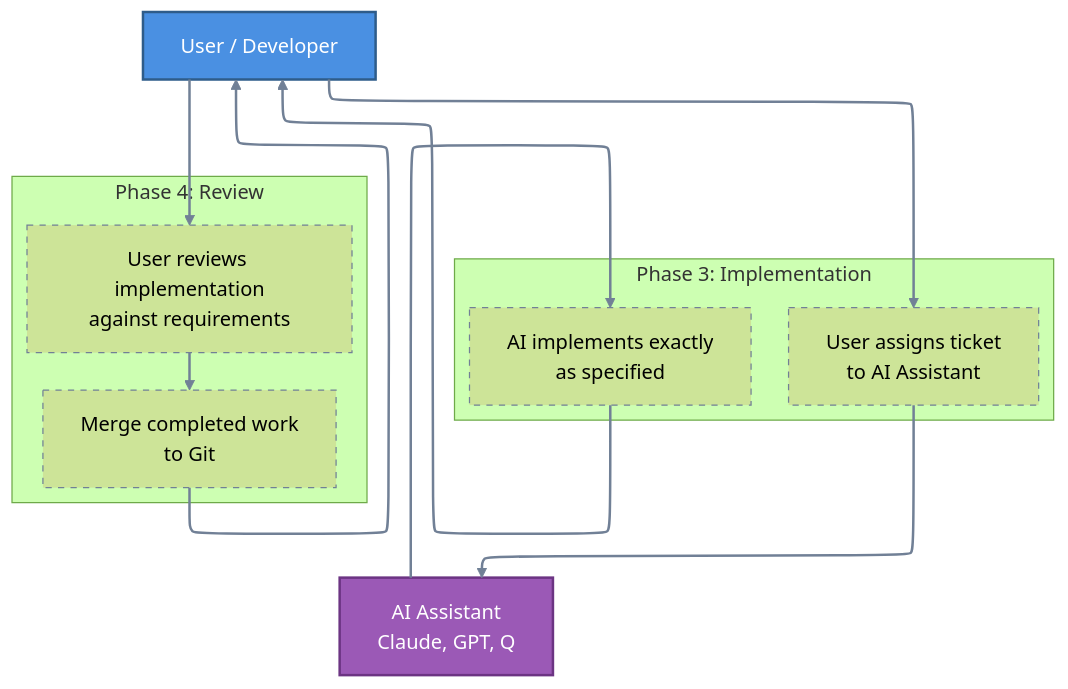
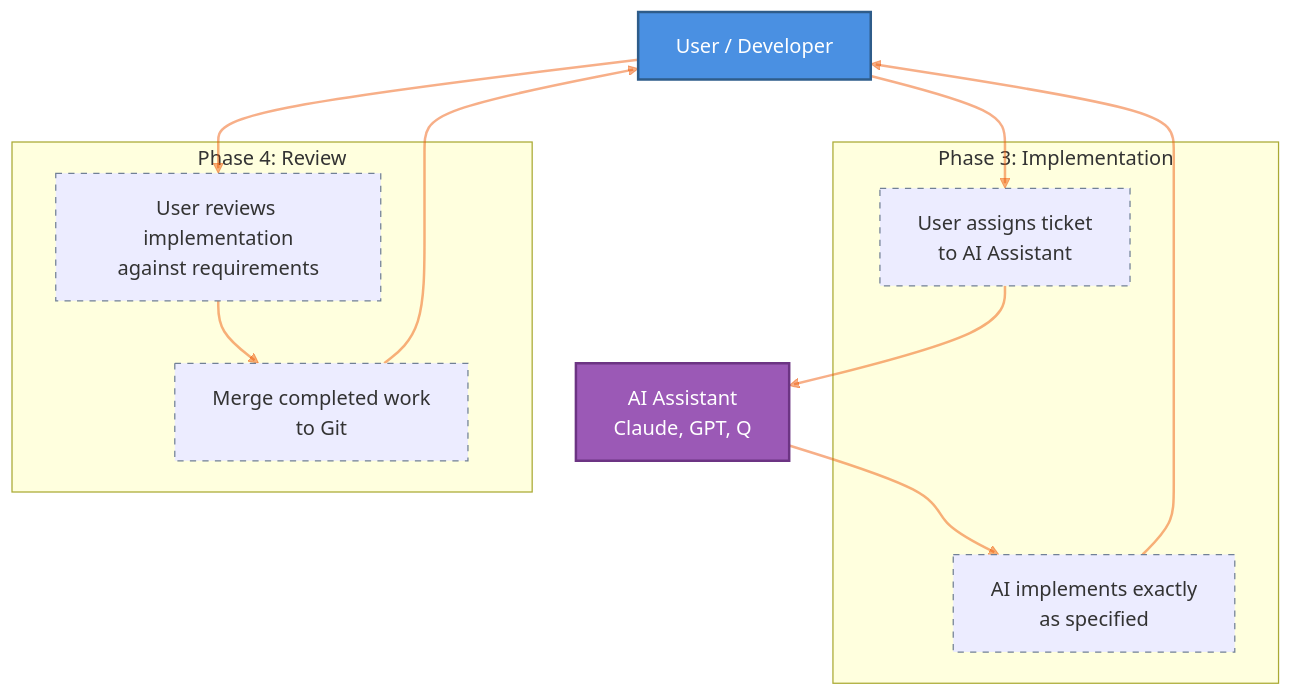
One commit to andkirby/markdown-ticket changed the second of 2 diagrams in README.md. Above: the diagram before and after it, drawn with Mermaid. The commit also changed other lines of this file, not shown here.

Commit message:
docs: split workflow diagram into two sections for clarity

````diff
--- a/README.md
+++ b/README.md
@@ -114,43 +111,39 @@
 ```mermaid
----
-config:
-  layout: elk
-  theme: forest
----
+%%{
+  init: {
+    'themeVariables': {
+      'lineColor': '#e507'
+    }
+  }
+}%%
 flowchart TD
     User[User / Developer]
     LLM[AI Assistant<br/>Claude, GPT, Q]
 
     subgraph "Phase 3: Implementation"
         C1[User assigns ticket<br/>to AI Assistant]
         C2[AI implements exactly<br/>as specified]
     end
 
     subgraph "Phase 4: Review"
         D1[User reviews implementation<br/>against requirements]
         D2[Merge completed work<br/>to Git]
     end
 
     User --> C1
     C1 --> LLM
     LLM --> C2
     C2 --> User
 
     User --> D1
     D1 --> D2
     D2 --> User
 
     style User fill:#4a90e2,stroke:#2e5c8a,stroke-width:2px,color:#fff
     style LLM fill:#9b59b6,stroke:#6c3483,stroke-width:2px,color:#fff
 
     classDef phaseBox stroke:#718096,stroke-width:1px,stroke-dasharray: 5 5
     class C1,C2,D1,D2 phaseBox
-
-    linkStyle 0 stroke:#718096,stroke-width:2px
-    linkStyle 1 stroke:#718096,stroke-width:2px
-    linkStyle 2 stroke:#718096,stroke-width:2px
-    linkStyle 3 stroke:#718096,stroke-width:2px
-    linkStyle 4 stroke:#718096,stroke-width:2px
-    linkStyle 5 stroke:#718096,stroke-width:2px
-    linkStyle 6 stroke:#718096,stroke-width:2px
+    
+    linkStyle default stroke:#e507,stroke-width:2px
 ```
````
